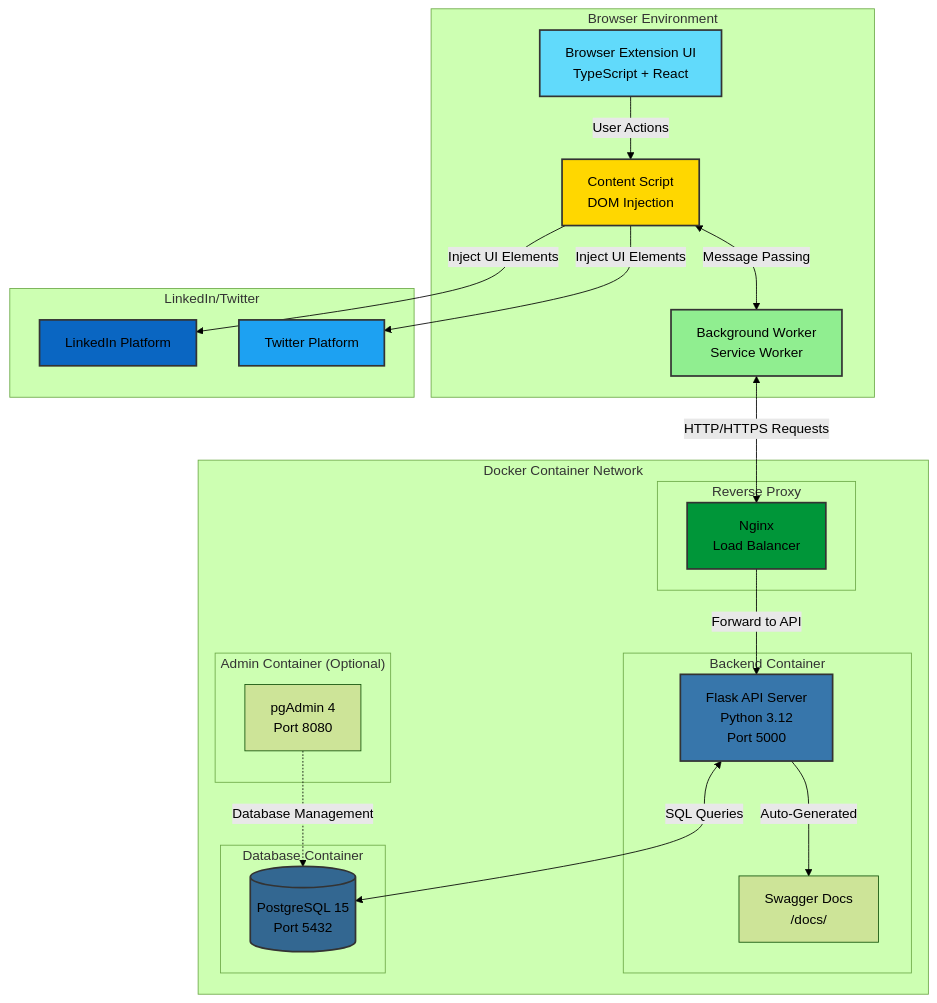
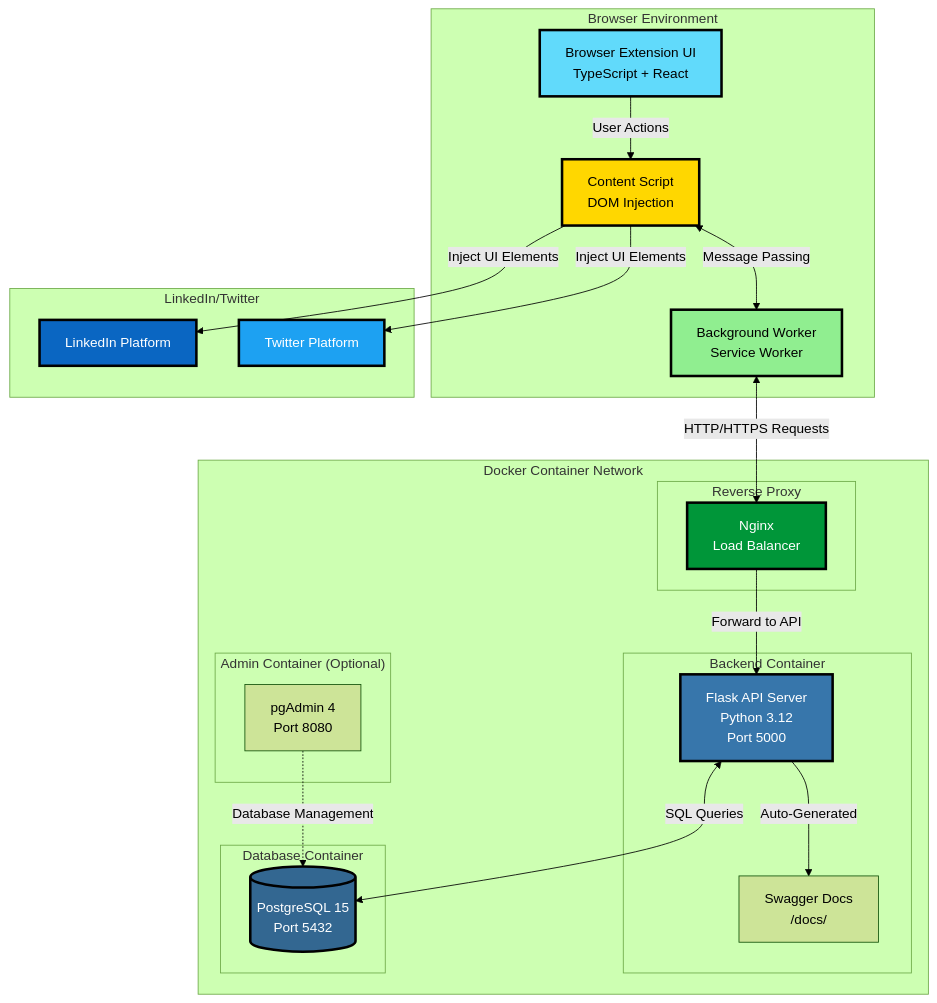
Before and after one commit to CannerAI/CannerAI: the first of 7 diagrams in docs/ARCHITECTURE.md, drawn with Mermaid (forest theme). The commit also changed 1 other file, not shown here.

Commit message:
fix: Improve diagram color contrast and visibility
- Enhanced color contrast with darker borders (stroke-width: 3px)
- Added explicit text colors for better readability
- Light backgrounds now have black text (color:#000)
- Dark backgrounds now have white text (color:#fff)
- Fixed both README.md and ARCHITECTURE.md diagrams

````diff
--- a/docs/ARCHITECTURE.md
+++ b/docs/ARCHITECTURE.md
@@ -35,51 +35,51 @@
 ```mermaid
 graph TB
     subgraph "Browser Environment"
         UI[Browser Extension UI<br/>TypeScript + React]
         CS[Content Script<br/>DOM Injection]
         BG[Background Worker<br/>Service Worker]
     end
     
     subgraph "LinkedIn/Twitter"
         LI[LinkedIn Platform]
         TW[Twitter Platform]
     end
     
     subgraph "Docker Container Network"
         subgraph "Backend Container"
             API[Flask API Server<br/>Python 3.12<br/>Port 5000]
             SWAGGER[Swagger Docs<br/>/docs/]
         end
         
         subgraph "Database Container"
             DB[(PostgreSQL 15<br/>Port 5432)]
         end
         
         subgraph "Admin Container (Optional)"
             PGA[pgAdmin 4<br/>Port 8080]
         end
         
         subgraph "Reverse Proxy"
             NGINX[Nginx<br/>Load Balancer]
         end
     end
     
     UI -->|User Actions| CS
     CS -->|Inject UI Elements| LI
     CS -->|Inject UI Elements| TW
     CS <-->|Message Passing| BG
     BG <-->|HTTP/HTTPS Requests| NGINX
     NGINX -->|Forward to API| API
     API <-->|SQL Queries| DB
     PGA -.->|Database Management| DB
     API -->|Auto-Generated| SWAGGER
     
-    style UI fill:#61dafb,stroke:#333,stroke-width:2px
-    style CS fill:#ffd700,stroke:#333,stroke-width:2px
-    style BG fill:#90ee90,stroke:#333,stroke-width:2px
-    style API fill:#3776ab,stroke:#333,stroke-width:2px
-    style DB fill:#336791,stroke:#333,stroke-width:2px
-    style NGINX fill:#009639,stroke:#333,stroke-width:2px
-    style LI fill:#0a66c2,stroke:#333,stroke-width:2px
-    style TW fill:#1da1f2,stroke:#333,stroke-width:2px
+    style UI fill:#61dafb,stroke:#000,stroke-width:3px,color:#000
+    style CS fill:#ffd700,stroke:#000,stroke-width:3px,color:#000
+    style BG fill:#90ee90,stroke:#000,stroke-width:3px,color:#000
+    style API fill:#3776ab,stroke:#000,stroke-width:3px,color:#fff
+    style DB fill:#336791,stroke:#000,stroke-width:3px,color:#fff
+    style NGINX fill:#009639,stroke:#000,stroke-width:3px,color:#fff
+    style LI fill:#0a66c2,stroke:#000,stroke-width:3px,color:#fff
+    style TW fill:#1da1f2,stroke:#000,stroke-width:3px,color:#fff
 ```
````
